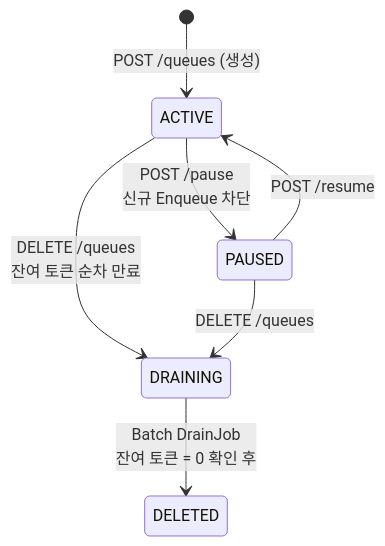
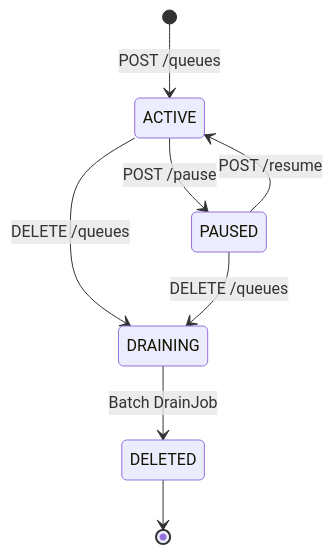
Before and after one commit to S-Onix/queue-platform: the second of 3 diagrams in doc/STATE.md, drawn with Mermaid. The commit also changed other lines of this file and 4 other files, not shown here.

````diff
--- a/doc/STATE.md
+++ b/doc/STATE.md
@@ -35,12 +73,14 @@
 ```mermaid
 stateDiagram-v2
-    [*] --> ACTIVE : POST /queues (생성)
+    [*] --> ACTIVE : POST /queues
 
-    ACTIVE --> PAUSED : POST /pause<br/>신규 Enqueue 차단
+    ACTIVE --> PAUSED : POST /pause
     PAUSED --> ACTIVE : POST /resume
 
-    ACTIVE --> DRAINING : DELETE /queues<br/>잔여 토큰 순차 만료
+    ACTIVE --> DRAINING : DELETE /queues
     PAUSED --> DRAINING : DELETE /queues
 
-    DRAINING --> DELETED : Batch DrainJob<br/>잔여 토큰 = 0 확인 후
+    DRAINING --> DELETED : Batch DrainJob
+
+    DELETED --> [*]
 ```
````
